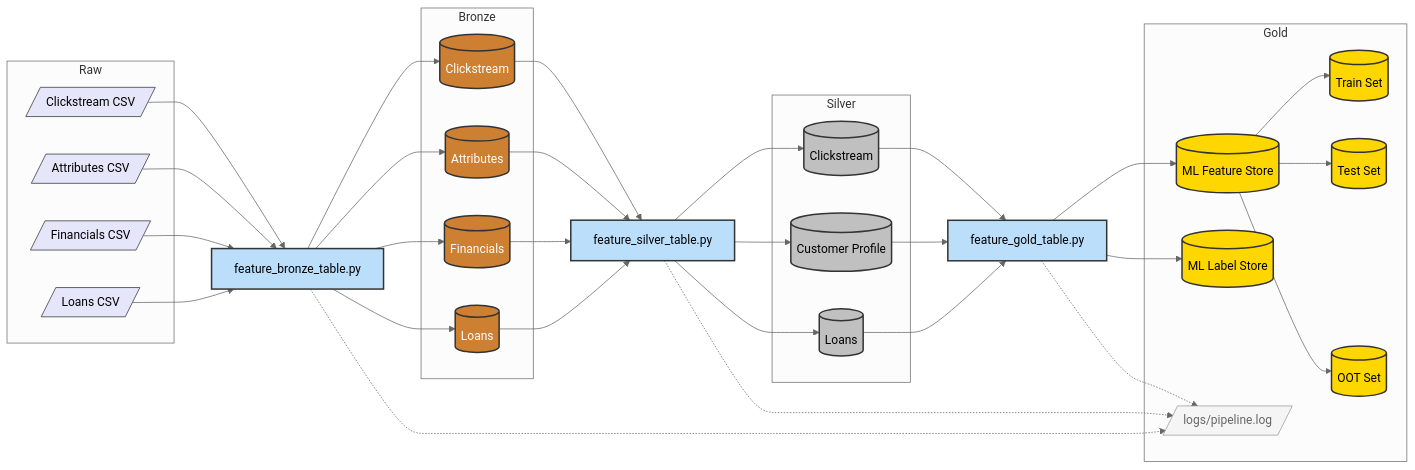
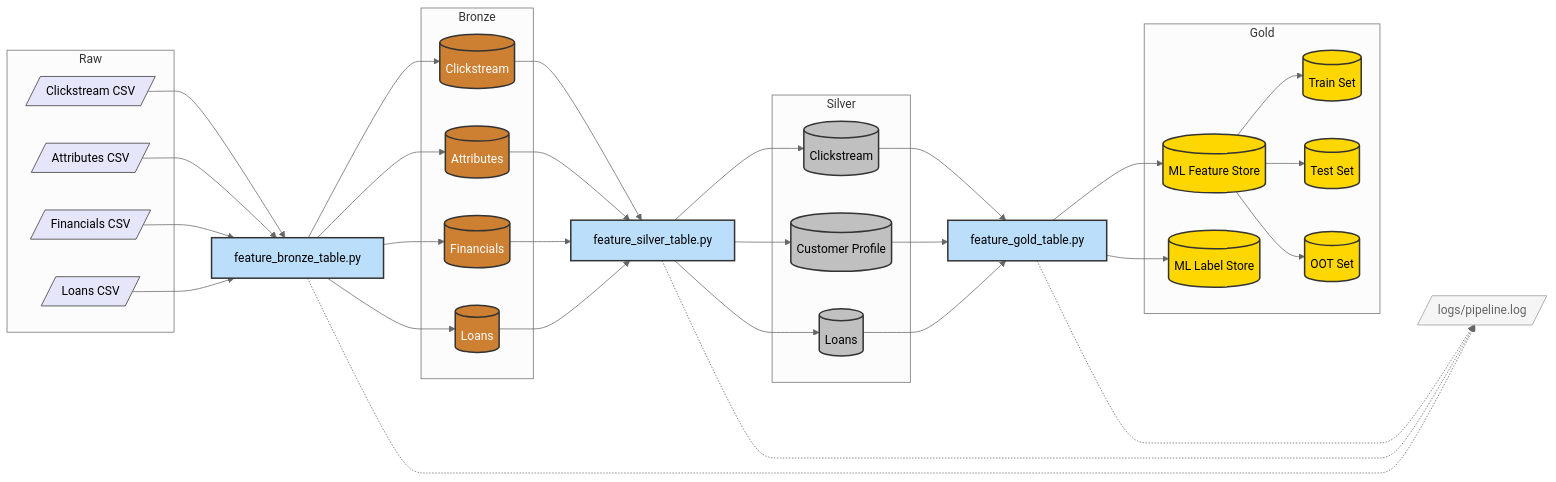
Before and after one commit to siranishkd/predictive-loan-default-modelling: the diagram in docs/architecture_v3.md, drawn with Mermaid (neutral theme).

Commit message:
Use invisible connection to align logging node next to Gold layer outside of subgraph

```diff
--- a/docs/architecture_v3.md
+++ b/docs/architecture_v3.md
@@ -70,8 +70,6 @@
         G_Train[(Train Set)]:::gold
         G_Test[(Test Set)]:::gold
         G_OOT[(OOT Set)]:::gold
-        
-        LOG[/logs/pipeline.log/]:::log
     end
 
     S1 --> P3
@@ -84,6 +82,10 @@
     G1 --> G_Test
     G1 --> G_OOT
 
+    %% Align Log to the right of Gold (outside the box) using invisible layout link
+    LOG[/logs/pipeline.log/]:::log
+    G_OOT ~~~ LOG
+
     P1 -.-> LOG
     P2 -.-> LOG
     P3 -.-> LOG
```
